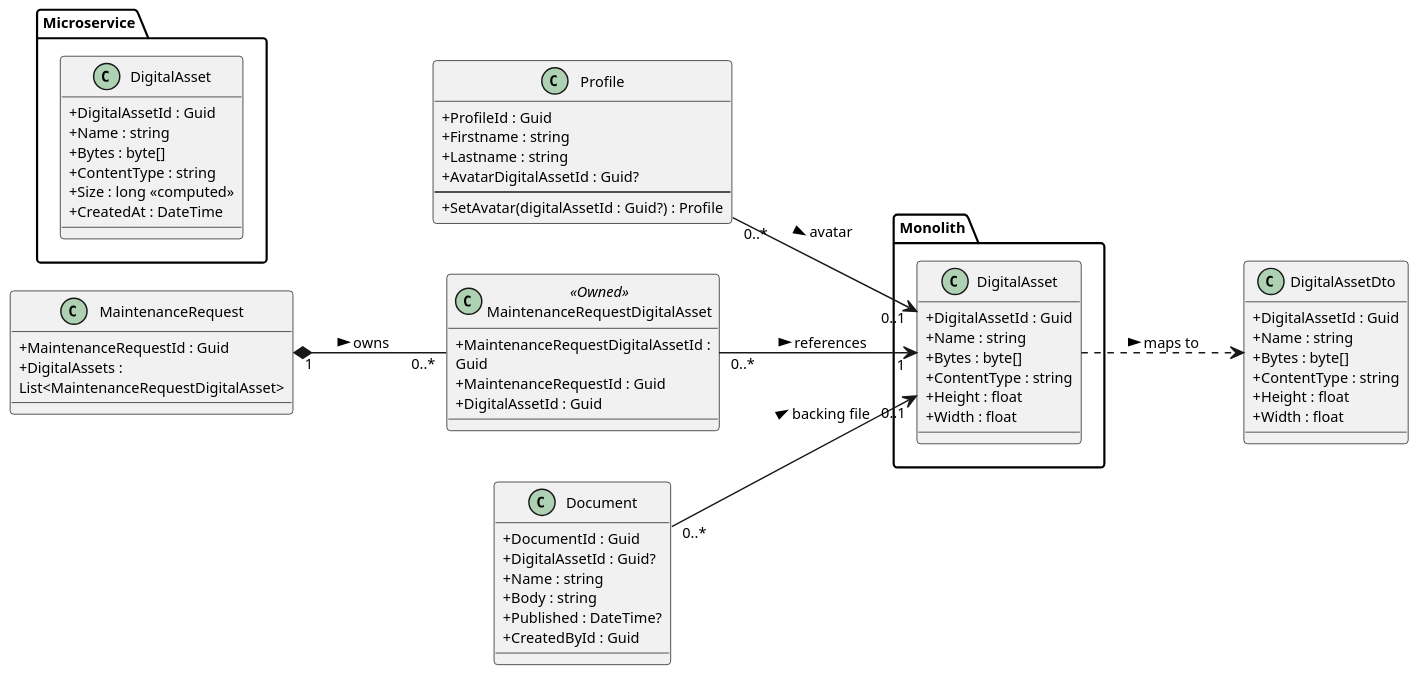
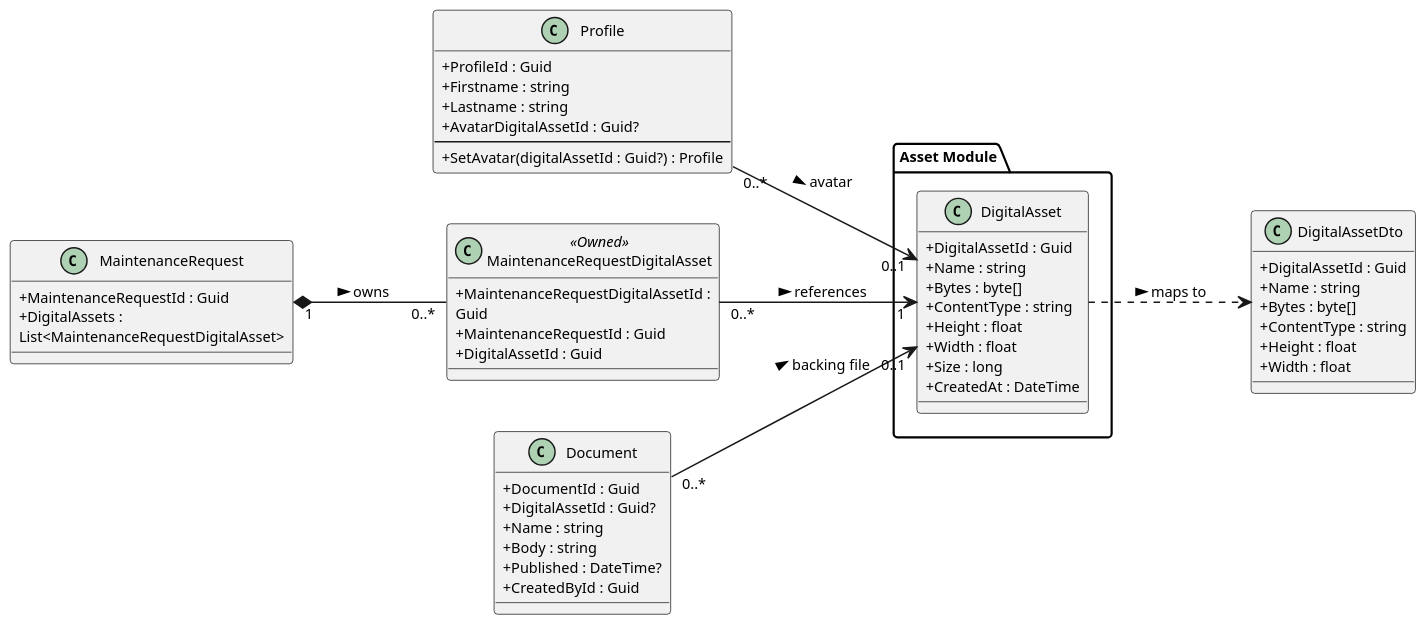
The diagram in docs/detailed-designs/08-digital-asset-management/class-diagram.puml (QuinntyneBrown/Coop), drawn with PlantUML before and after one commit. The commit also changed 5 other files, not shown here.

Commit message:
Update class diagrams and state diagrams for messaging, assets, onboarding, and theme

```diff
--- a/docs/detailed-designs/08-digital-asset-management/class-diagram.puml
+++ b/docs/detailed-designs/08-digital-asset-management/class-diagram.puml
@@ -1,76 +1,67 @@
 @startuml
 skinparam dpi 150
 skinparam pageMargin 10
 skinparam classAttributeIconSize 0
 skinparam classFontSize 11
 skinparam defaultFontSize 10
 skinparam wrapWidth 200
 left to right direction
 
-package "Monolith" {
+package "Asset Module" {
   class DigitalAsset {
     +DigitalAssetId : Guid
     +Name : string
     +Bytes : byte[]
     +ContentType : string
     +Height : float
     +Width : float
-  }
-}
-
-package "Microservice" {
-  class "DigitalAsset" as MsDigitalAsset {
-    +DigitalAssetId : Guid
-    +Name : string
-    +Bytes : byte[]
-    +ContentType : string
-    +Size : long <<computed>>
+    +Size : long
     +CreatedAt : DateTime
   }
 }
 
 class Profile {
   +ProfileId : Guid
   +Firstname : string
   +Lastname : string
   +AvatarDigitalAssetId : Guid?
   --
   +SetAvatar(digitalAssetId : Guid?) : Profile
 }
 
 class MaintenanceRequestDigitalAsset <<Owned>> {
   +MaintenanceRequestDigitalAssetId : Guid
   +MaintenanceRequestId : Guid
   +DigitalAssetId : Guid
 }
 
 class Document {
   +DocumentId : Guid
   +DigitalAssetId : Guid?
   +Name : string
   +Body : string
   +Published : DateTime?
   +CreatedById : Guid
 }
 
 class MaintenanceRequest {
   +MaintenanceRequestId : Guid
   +DigitalAssets : List<MaintenanceRequestDigitalAsset>
 }
 
 class DigitalAssetDto {
   +DigitalAssetId : Guid
   +Name : string
   +Bytes : byte[]
   +ContentType : string
   +Height : float
   +Width : float
 }
 
 Profile "0..*" --> "0..1" DigitalAsset : avatar >
 MaintenanceRequestDigitalAsset "0..*" --> "1" DigitalAsset : references >
 Document "0..*" --> "0..1" DigitalAsset : backing file >
 MaintenanceRequest "1" *-- "0..*" MaintenanceRequestDigitalAsset : owns >
 DigitalAsset ..> DigitalAssetDto : maps to >
 
 @enduml
```
